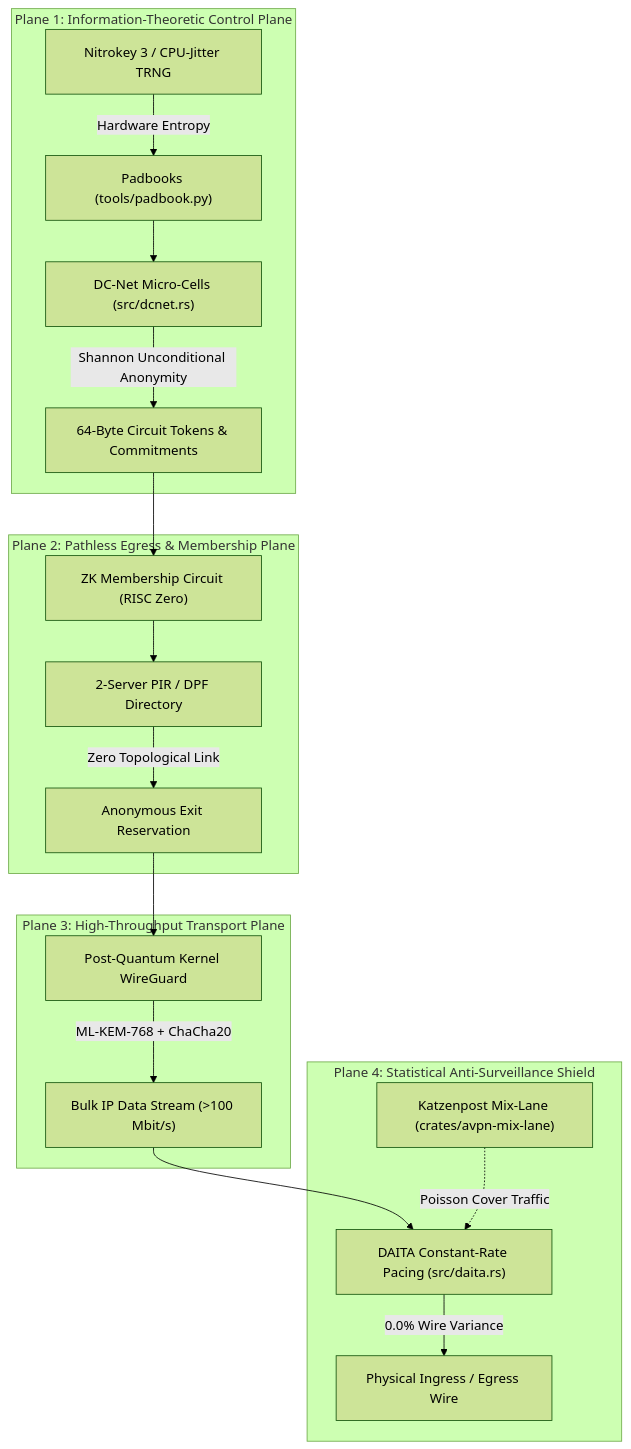
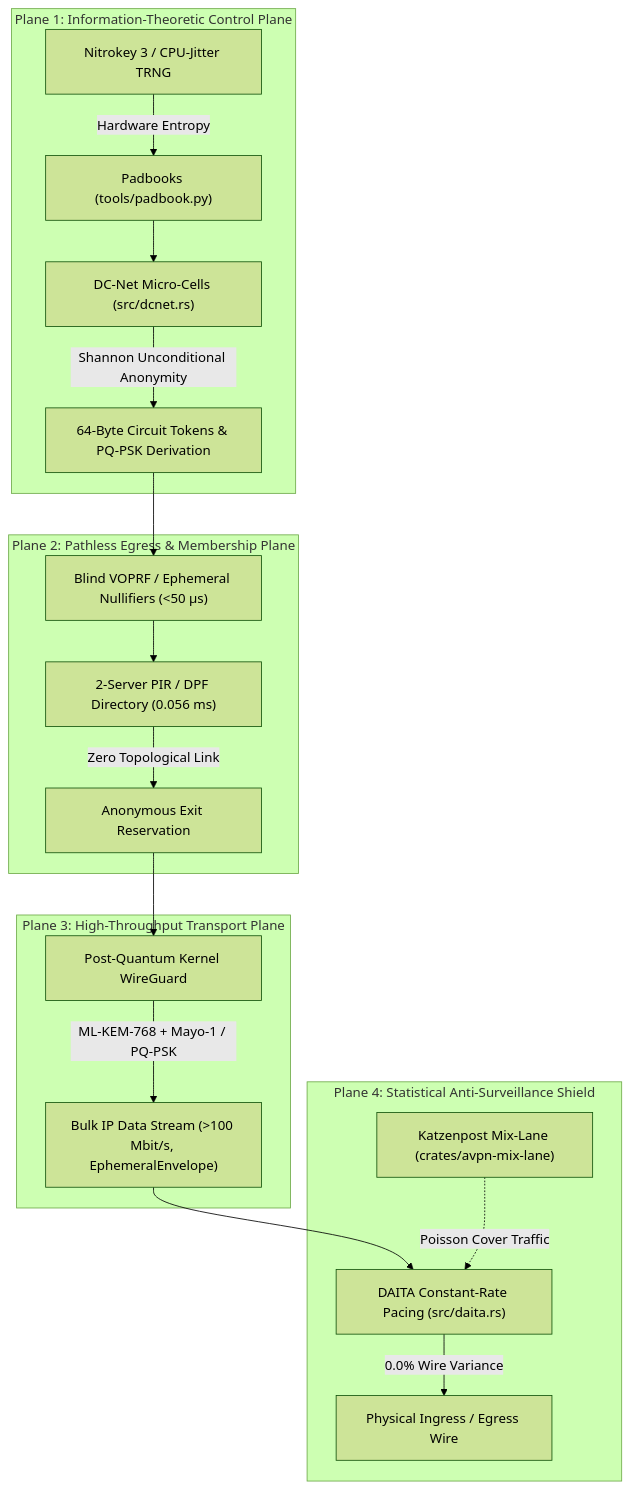
One commit to R1VER77/ADVANCED_VPN changed the diagram in docs/CYPHERPUNKS_PROTOCOL_SPECIFICATION.md. Above: the diagram before and after it, drawn with Mermaid (forest theme). The commit also changed other lines of this file, not shown here.

````diff
--- a/docs/CYPHERPUNKS_PROTOCOL_SPECIFICATION.md
+++ b/docs/CYPHERPUNKS_PROTOCOL_SPECIFICATION.md
@@ -39,25 +39,25 @@
 ```mermaid
 flowchart TD
     subgraph P1["Plane 1: Information-Theoretic Control Plane"]
         NK["Nitrokey 3 / CPU-Jitter TRNG"] -->|"Hardware Entropy"| PB["Padbooks (tools/padbook.py)"]
         PB --> DC["DC-Net Micro-Cells (src/dcnet.rs)"]
-        DC -->|"Shannon Unconditional Anonymity"| TOK["64-Byte Circuit Tokens & Commitments"]
+        DC -->|"Shannon Unconditional Anonymity"| TOK["64-Byte Circuit Tokens & PQ-PSK Derivation"]
     end
 
     subgraph P2["Plane 2: Pathless Egress & Membership Plane"]
-        TOK --> ZK["ZK Membership Circuit (RISC Zero)"]
-        ZK --> PIR["2-Server PIR / DPF Directory"]
+        TOK --> VOPRF["Blind VOPRF / Ephemeral Nullifiers (<50 µs)"]
+        VOPRF --> PIR["2-Server PIR / DPF Directory (0.056 ms)"]
         PIR -->|"Zero Topological Link"| EXT["Anonymous Exit Reservation"]
     end
 
     subgraph P3["Plane 3: High-Throughput Transport Plane"]
         EXT --> WG["Post-Quantum Kernel WireGuard"]
-        WG -->|"ML-KEM-768 + ChaCha20"| DAT["Bulk IP Data Stream (>100 Mbit/s)"]
+        WG -->|"ML-KEM-768 + Mayo-1 / PQ-PSK"| DAT["Bulk IP Data Stream (>100 Mbit/s, EphemeralEnvelope)"]
     end
 
     subgraph P4["Plane 4: Statistical Anti-Surveillance Shield"]
         DAT --> CR["DAITA Constant-Rate Pacing (src/daita.rs)"]
         CR -->|"0.0% Wire Variance"| WIRE["Physical Ingress / Egress Wire"]
         MIX["Katzenpost Mix-Lane (crates/avpn-mix-lane)"] -.->|"Poisson Cover Traffic"| CR
     end
 ```
````
